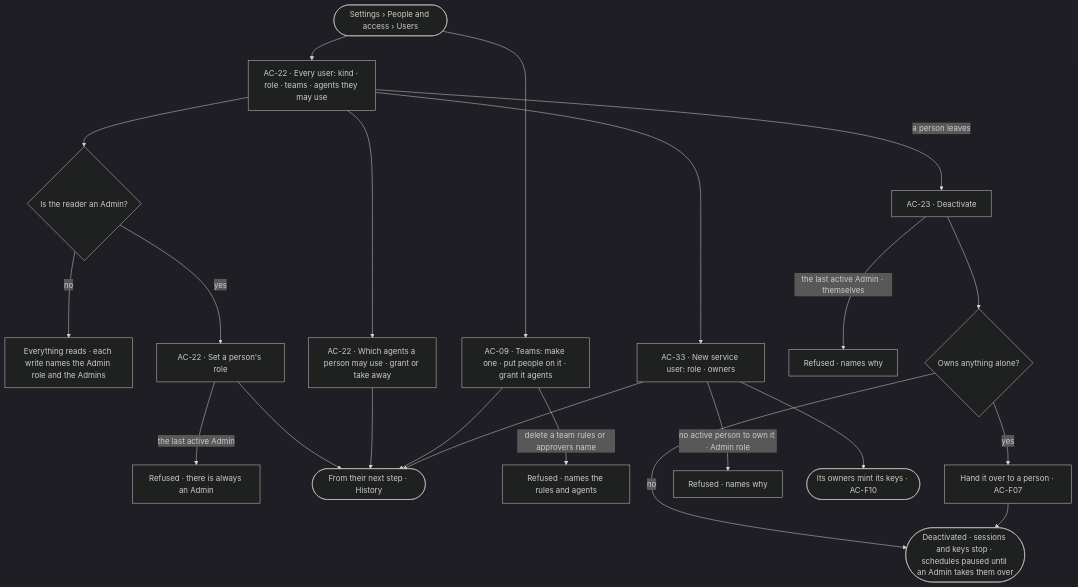
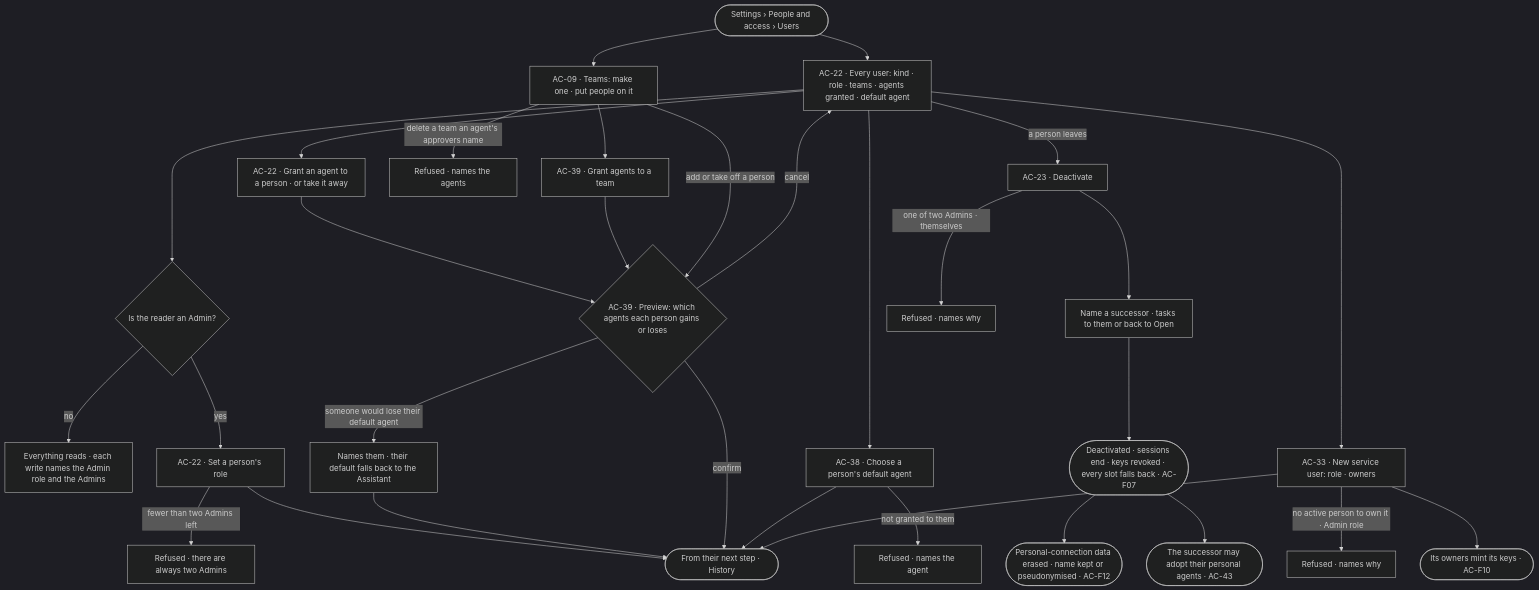
One commit to invana/invana changed the diagram in specs/os/access/features/AC-F03-directory/feature.md. Above: the diagram before and after it, drawn with Mermaid (dark theme). The commit also changed other lines of this file and 300 other files, not shown here.

````diff
--- a/specs/os/access/features/AC-F03-directory/feature.md
+++ b/specs/os/access/features/AC-F03-directory/feature.md
@@ -26,24 +28,33 @@
 ```mermaid
 flowchart TD
-  start([Settings › People and access › Users]) --> users["AC-22 · Every user: kind · role · teams · agents they may use"]
+  start([Settings › People and access › Users]) --> users["AC-22 · Every user: kind · role · teams · agents granted · default agent"]
   users --> who{"Is the reader an Admin?"}
   who -->|no| ro["Everything reads · each write names the Admin role and the Admins"]
   who -->|yes| role["AC-22 · Set a person's role"]
-  role -->|the last active Admin| last["Refused · there is always an Admin"]
+  role -->|fewer than two Admins left| last["Refused · there are always two Admins"]
   role --> saved(["From their next step · History"])
-  users --> grant["AC-22 · Which agents a person may use · grant or take away"]
-  grant --> saved
-  start --> teams["AC-09 · Teams: make one · put people on it · grant it agents"]
-  teams -->|delete a team rules or approvers name| held["Refused · names the rules and agents"]
-  teams --> saved
+  users --> grant["AC-22 · Grant an agent to a person · or take it away"]
+  start --> teams["AC-09 · Teams: make one · put people on it"]
+  teams --> tgrant["AC-39 · Grant agents to a team"]
+  grant --> prev{"AC-39 · Preview: which agents each person gains or loses"}
+  tgrant --> prev
+  teams -->|add or take off a person| prev
+  prev -->|someone would lose their default agent| dflt["Names them · their default falls back to the Assistant"]
+  dflt --> saved
+  prev -->|confirm| saved
+  prev -->|cancel| users
+  users --> def["AC-38 · Choose a person's default agent"]
+  def -->|not granted to them| defr["Refused · names the agent"]
+  def --> saved
+  teams -->|delete a team an agent's approvers name| held["Refused · names the agents"]
   users -->|a person leaves| deact["AC-23 · Deactivate"]
-  deact --> owned{"Owns anything alone?"}
-  owned -->|yes| hand["Hand it over to a person · AC-F07"]
-  owned -->|no| off
-  hand --> off(["Deactivated · sessions and keys stop · schedules paused until an Admin takes them over"])
-  deact -->|the last active Admin · themselves| refd["Refused · names why"]
+  deact --> succ["Name a successor · tasks to them or back to Open"]
+  succ --> off(["Deactivated · sessions end · keys revoked · every slot falls back · AC-F07"])
+  off --> keep(["Personal-connection data erased · name kept or pseudonymised · AC-F12"])
+  off --> adopt(["The successor may adopt their personal agents · AC-43"])
+  deact -->|one of two Admins · themselves| refd["Refused · names why"]
   users --> svc["AC-33 · New service user: role · owners"]
   svc -->|no active person to own it · Admin role| svr["Refused · names why"]
   svc --> saved
   svc --> keys(["Its owners mint its keys · AC-F10"])
 ```
````
